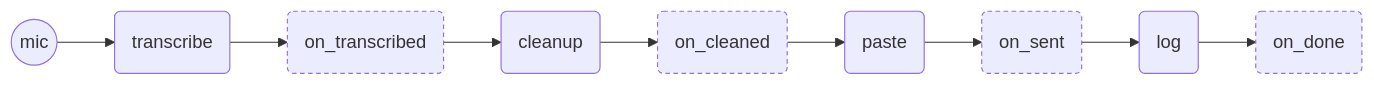
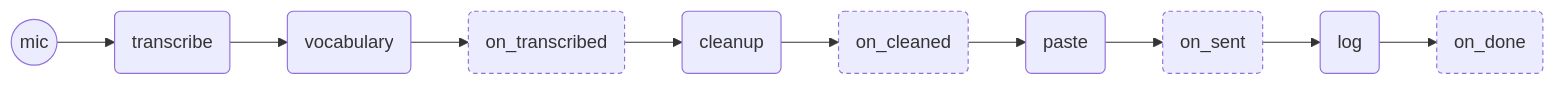
Before and after one commit to nigelgilbert/KikuFlow: the diagram in docs/hooks.md, drawn with Mermaid. The commit also changed other lines of this file and 3 other files, not shown here.

````diff
--- a/docs/hooks.md
+++ b/docs/hooks.md
@@ -5,6 +5,6 @@
 ```mermaid
 flowchart LR
-    mic((mic)) --> stt(transcribe) --> t(on_transcribed):::hook --> clean(cleanup)
+    mic((mic)) --> stt(transcribe) --> v(vocabulary) --> t(on_transcribed):::hook --> clean(cleanup)
     clean --> c(on_cleaned):::hook --> paste(paste) --> s(on_sent):::hook --> log(log) --> d(on_done):::hook
     classDef hook stroke-dasharray: 4 3
 ```
````
